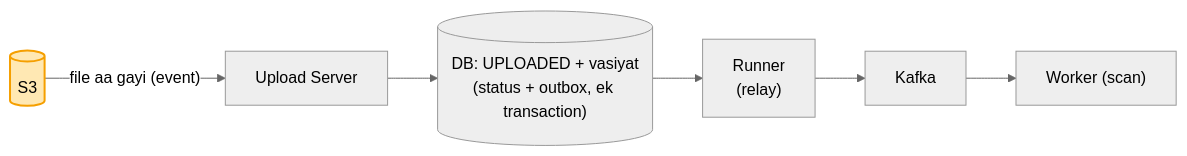
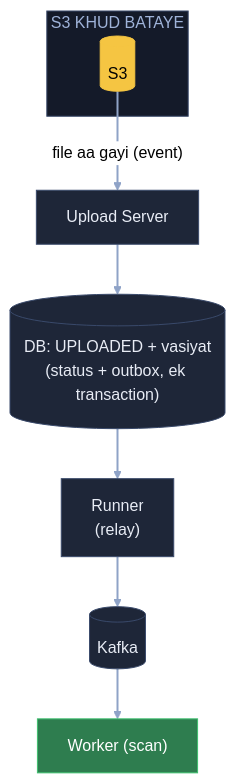
One commit to ArpanMaheshwari144/Prep changed the fourth of 8 diagrams in 04_HLD/SYSTEM_DESIGNS/07_file_upload_validate_system/07_file_upload.md. Above: the diagram before and after it, drawn with Mermaid (neutral theme). The commit also changed other lines of this file, not shown here.

Commit message:
File upload: 8 diagram YouTube (reel) wale card andaaz me

````diff
--- a/04_HLD/SYSTEM_DESIGNS/07_file_upload_validate_system/07_file_upload.md
+++ b/04_HLD/SYSTEM_DESIGNS/07_file_upload_validate_system/07_file_upload.md
@@ -124,9 +155,22 @@
 ```mermaid
-flowchart LR
-    S3[("S3")] -- "file aa gayi (event)" --> U["Upload Server"]
-    U --> DB[("DB: UPLOADED + vasiyat<br/>(status + outbox, ek transaction)")]
-    DB --> R["Runner<br/>(relay)"]
-    R --> K["Kafka"]
-    K --> W["Worker (scan)"]
-    style S3 fill:#ffe8b3,stroke:#f59f00,stroke-width:2px,color:#000
+flowchart TB
+    subgraph SB["S3 KHUD BATAYE"]
+        S3[("S3")]:::pill
+    end
+    U["Upload Server"]:::card
+    DB[("DB: UPLOADED + vasiyat<br/>(status + outbox, ek transaction)")]:::card
+    R["Runner<br/>(relay)"]:::card
+    K[("Kafka")]:::card
+    W["Worker (scan)"]:::good
+    S3 -- "file aa gayi (event)" --> U
+    U --> DB
+    DB --> R
+    R --> K
+    K --> W
+    linkStyle default stroke:#8fa3c7,stroke-width:2px
+    classDef card fill:#1e2638,stroke:#3a4a6b,color:#e8ecf5
+    classDef pill fill:#f5c542,stroke:#f5c542,color:#000
+    classDef good fill:#2e7d4f,stroke:#3fbf6f,color:#fff
+    classDef bad fill:#5c1f24,stroke:#e05561,color:#fff
+    style SB fill:#141a29,stroke:#3a4a6b,color:#9fb3d9
 ```
````
